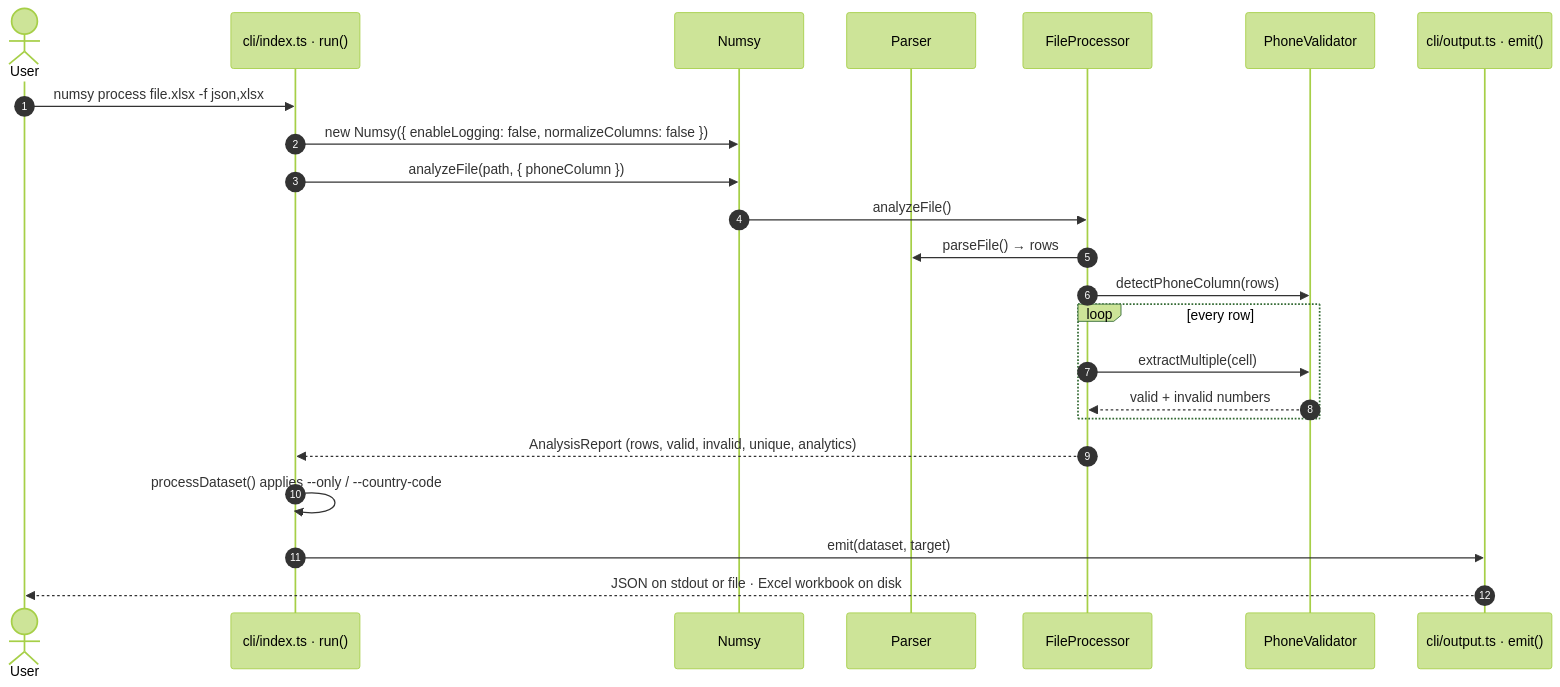
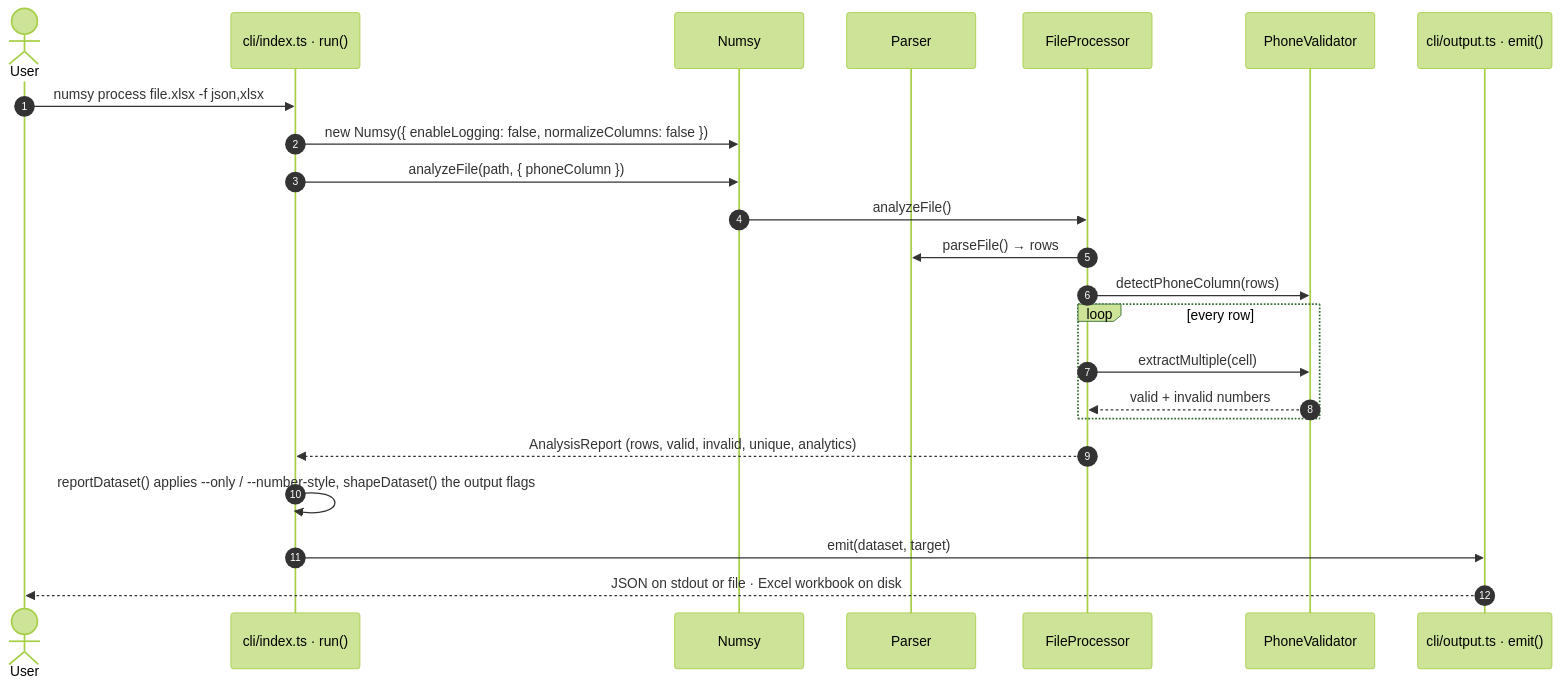
Before and after one commit to shreesharma07/numsy: the second of 3 diagrams in docs/maintainers/architecture.md, drawn with Mermaid (forest theme). The commit also changed other lines of this file and 13 other files, not shown here.

````diff
--- a/docs/maintainers/architecture.md
+++ b/docs/maintainers/architecture.md
@@ -74,26 +92,26 @@
 ```mermaid
 sequenceDiagram
   autonumber
   actor User
   participant CLI as cli/index.ts · run()
   participant N as Numsy
   participant P as Parser
   participant FP as FileProcessor
   participant V as PhoneValidator
   participant O as cli/output.ts · emit()
 
   User->>CLI: numsy process file.xlsx -f json,xlsx
   CLI->>N: new Numsy({ enableLogging: false, normalizeColumns: false })
   CLI->>N: analyzeFile(path, { phoneColumn })
   N->>FP: analyzeFile()
   FP->>P: parseFile() → rows
   FP->>V: detectPhoneColumn(rows)
   loop every row
     FP->>V: extractMultiple(cell)
     V-->>FP: valid + invalid numbers
   end
   FP-->>CLI: AnalysisReport (rows, valid, invalid, unique, analytics)
-  CLI->>CLI: processDataset() applies --only / --country-code
+  CLI->>CLI: reportDataset() applies --only / --number-style, shapeDataset() the output flags
   CLI->>O: emit(dataset, target)
   O-->>User: JSON on stdout or file · Excel workbook on disk
 ```
````
